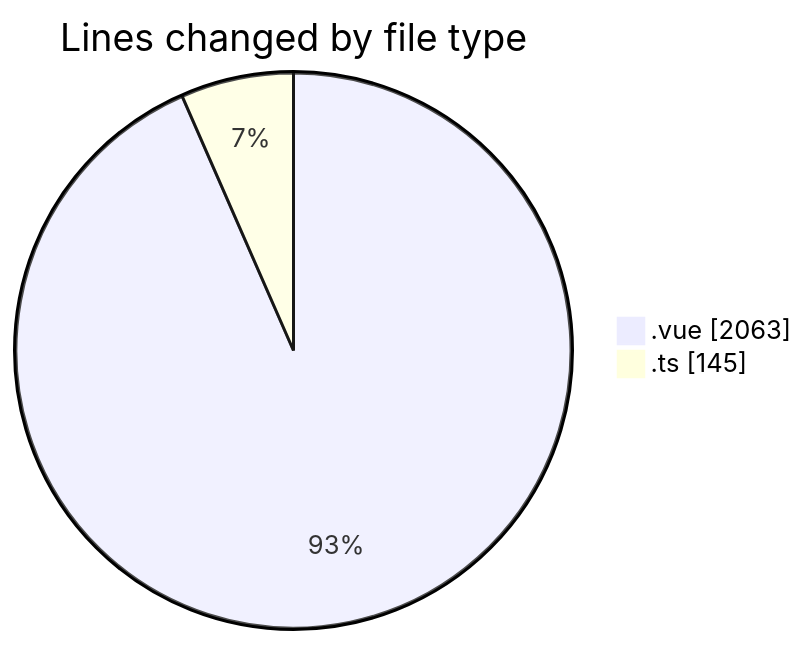
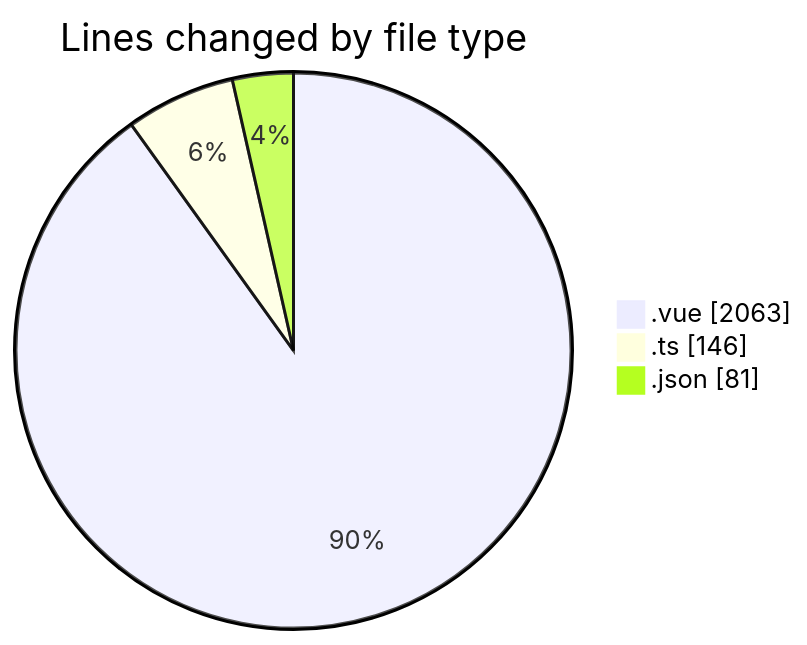
The first of 2 diagrams in 2025-03-17/lumine-web/README.md (robertbonfada/code-tracking), drawn with Mermaid before and after one commit. The commit also changed other lines of this file and 1 other file, not shown here.

````diff
--- a/2025-03-17/lumine-web/README.md
+++ b/2025-03-17/lumine-web/README.md
@@ -43,6 +44,7 @@
 ```mermaid
 pie showData
 title Lines changed by file type
 ".vue" : 2063
-".ts" : 145
+".ts" : 146
+".json" : 81
 ```
````
